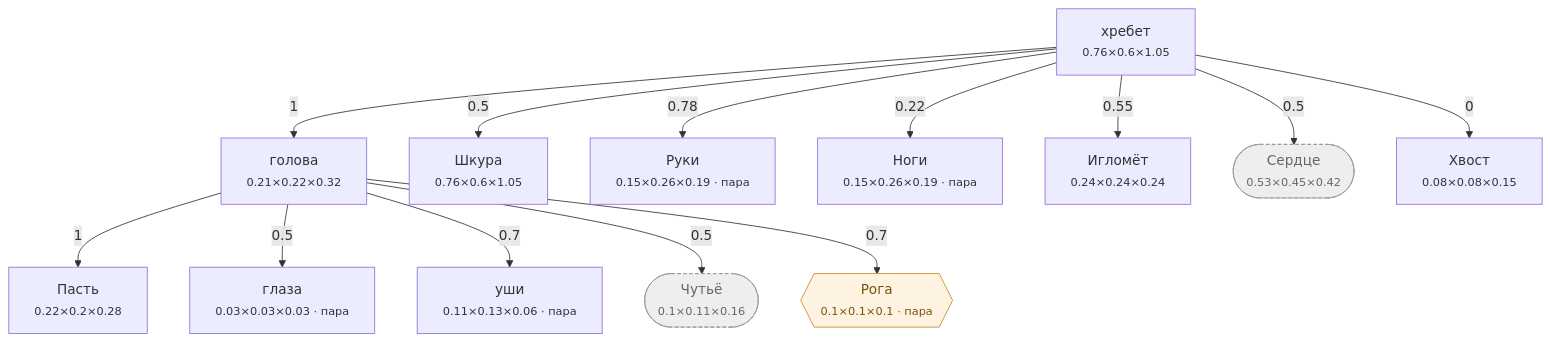
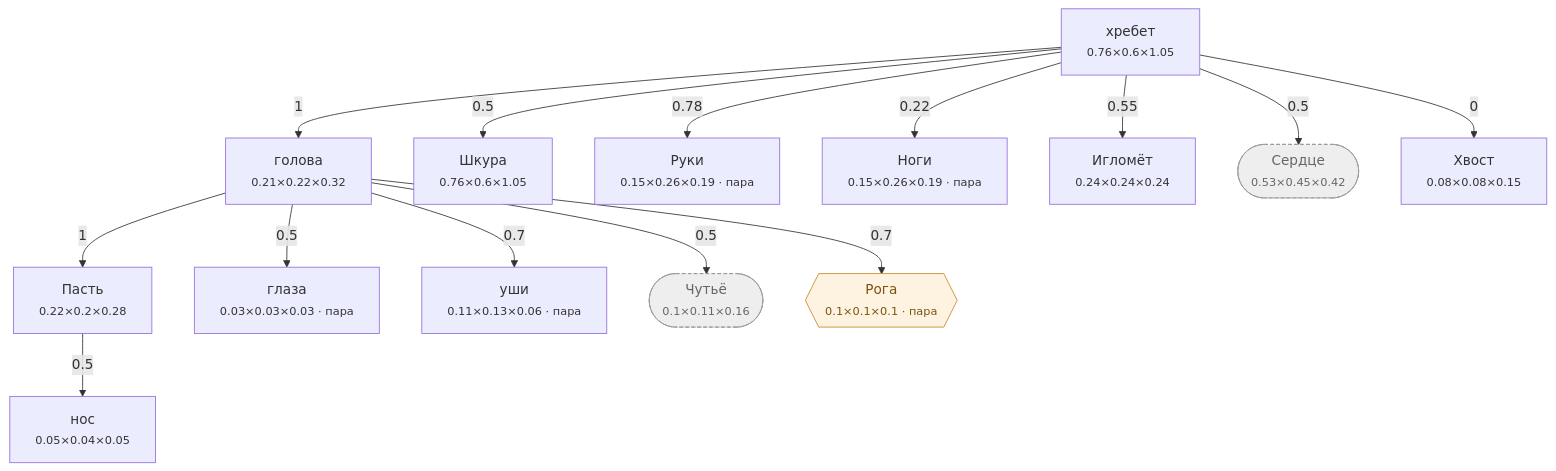
One commit to darklordshish/ChimeraEvolution-2026-06-26_15-29-59 changed the diagram in Docs/Диаграммы/Ёж.md. Above: the diagram before and after it, drawn with Mermaid. The commit also changed other lines of this file and 9 other files, not shown here.

````diff
--- a/Docs/Диаграммы/Ёж.md
+++ b/Docs/Диаграммы/Ёж.md
@@ -21,35 +22,37 @@
 ```mermaid
 flowchart TD
     n0["хребет<br/><small>0.76×0.6×1.05</small>"]
     n1["голова<br/><small>0.21×0.22×0.32</small>"]
-    n2["Пасть<br/><small>0.22×0.2×0.28</small>"]
-    n3["глаза<br/><small>0.03×0.03×0.03 · пара</small>"]
-    n4["уши<br/><small>0.11×0.13×0.06 · пара</small>"]
-    n5["Шкура<br/><small>0.76×0.6×1.05</small>"]
-    n6["Руки<br/><small>0.15×0.26×0.19 · пара</small>"]
-    n7["Ноги<br/><small>0.15×0.26×0.19 · пара</small>"]
-    n8["Игломёт<br/><small>0.24×0.24×0.24</small>"]
-    n9(["Сердце<br/><small>0.53×0.45×0.42</small>"])
-    n10(["Чутьё<br/><small>0.1×0.11×0.16</small>"])
-    n11["Хвост<br/><small>0.08×0.08×0.15</small>"]
-    n12{{"Рога<br/><small>0.1×0.1×0.1 · пара</small>"}}
+    n2["нос<br/><small>0.05×0.04×0.05</small>"]
+    n3["Пасть<br/><small>0.22×0.2×0.28</small>"]
+    n4["глаза<br/><small>0.03×0.03×0.03 · пара</small>"]
+    n5["уши<br/><small>0.11×0.13×0.06 · пара</small>"]
+    n6["Шкура<br/><small>0.76×0.6×1.05</small>"]
+    n7["Руки<br/><small>0.15×0.26×0.19 · пара</small>"]
+    n8["Ноги<br/><small>0.15×0.26×0.19 · пара</small>"]
+    n9["Игломёт<br/><small>0.24×0.24×0.24</small>"]
+    n10(["Сердце<br/><small>0.53×0.45×0.42</small>"])
+    n11(["Чутьё<br/><small>0.1×0.11×0.16</small>"])
+    n12["Хвост<br/><small>0.08×0.08×0.15</small>"]
+    n13{{"Рога<br/><small>0.1×0.1×0.1 · пара</small>"}}
 
     n0 -->|1| n1
-    n1 -->|1| n2
-    n1 -->|0.5| n3
-    n1 -->|0.7| n4
-    n0 -->|0.5| n5
-    n0 -->|0.78| n6
-    n0 -->|0.22| n7
-    n0 -->|0.55| n8
-    n0 -->|0.5| n9
-    n1 -->|0.5| n10
-    n0 -->|0| n11
-    n1 -->|0.7| n12
+    n3 -->|0.5| n2
+    n1 -->|1| n3
+    n1 -->|0.5| n4
+    n1 -->|0.7| n5
+    n0 -->|0.5| n6
+    n0 -->|0.78| n7
+    n0 -->|0.22| n8
+    n0 -->|0.55| n9
+    n0 -->|0.5| n10
+    n1 -->|0.5| n11
+    n0 -->|0| n12
+    n1 -->|0.7| n13
 
     classDef hid fill:#eee,stroke:#999,stroke-dasharray:4 3,color:#666
     classDef gr fill:#fdf3e0,stroke:#c98a2b,color:#7a5310
     classDef ch fill:#e8f2ff,stroke:#3b74c4,color:#1c3f70
-    class n9,n10 hid
-    class n12 gr
+    class n10,n11 hid
+    class n13 gr
 ```
````
